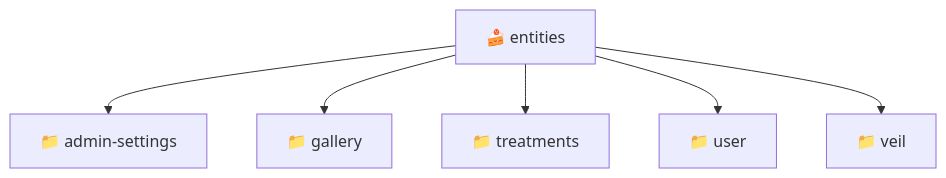
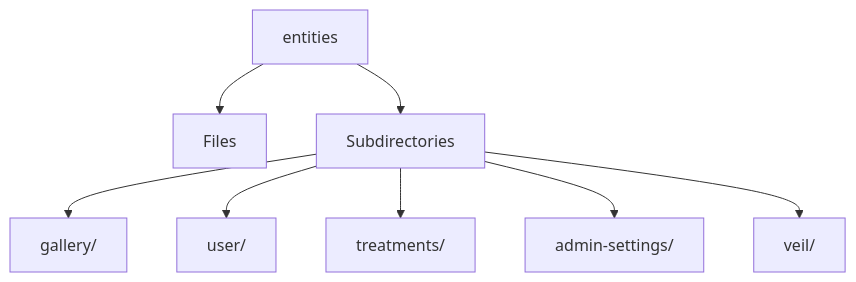
The diagram in frontend/src/entities/README.md (beginwebdev2002/fullstack-mavluda), drawn with Mermaid before and after one commit. The commit also changed other lines of this file and 167 other files, not shown here.

````diff
--- a/frontend/src/entities/README.md
+++ b/frontend/src/entities/README.md
@@ -11,9 +14,10 @@
 ```mermaid
 graph TD
-  entities["🍰 entities"]
-  entities --> admin_settings["📁 admin-settings"]
-  entities --> gallery["📁 gallery"]
-  entities --> treatments["📁 treatments"]
-  entities --> user["📁 user"]
-  entities --> veil["📁 veil"]
+  entities --> Files
+  entities --> Subdirectories
+  Subdirectories --> gallery[gallery/]
+  Subdirectories --> user[user/]
+  Subdirectories --> treatments[treatments/]
+  Subdirectories --> admin_settings[admin-settings/]
+  Subdirectories --> veil[veil/]
 ```
````
